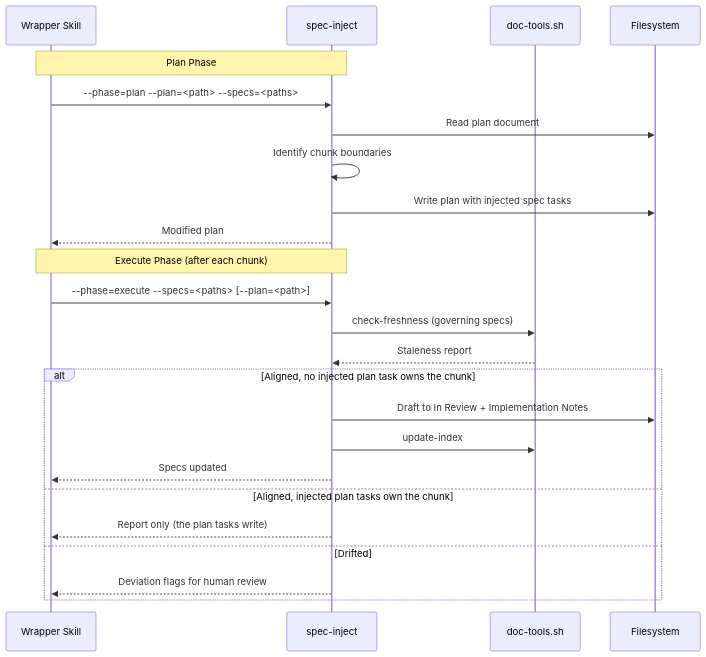
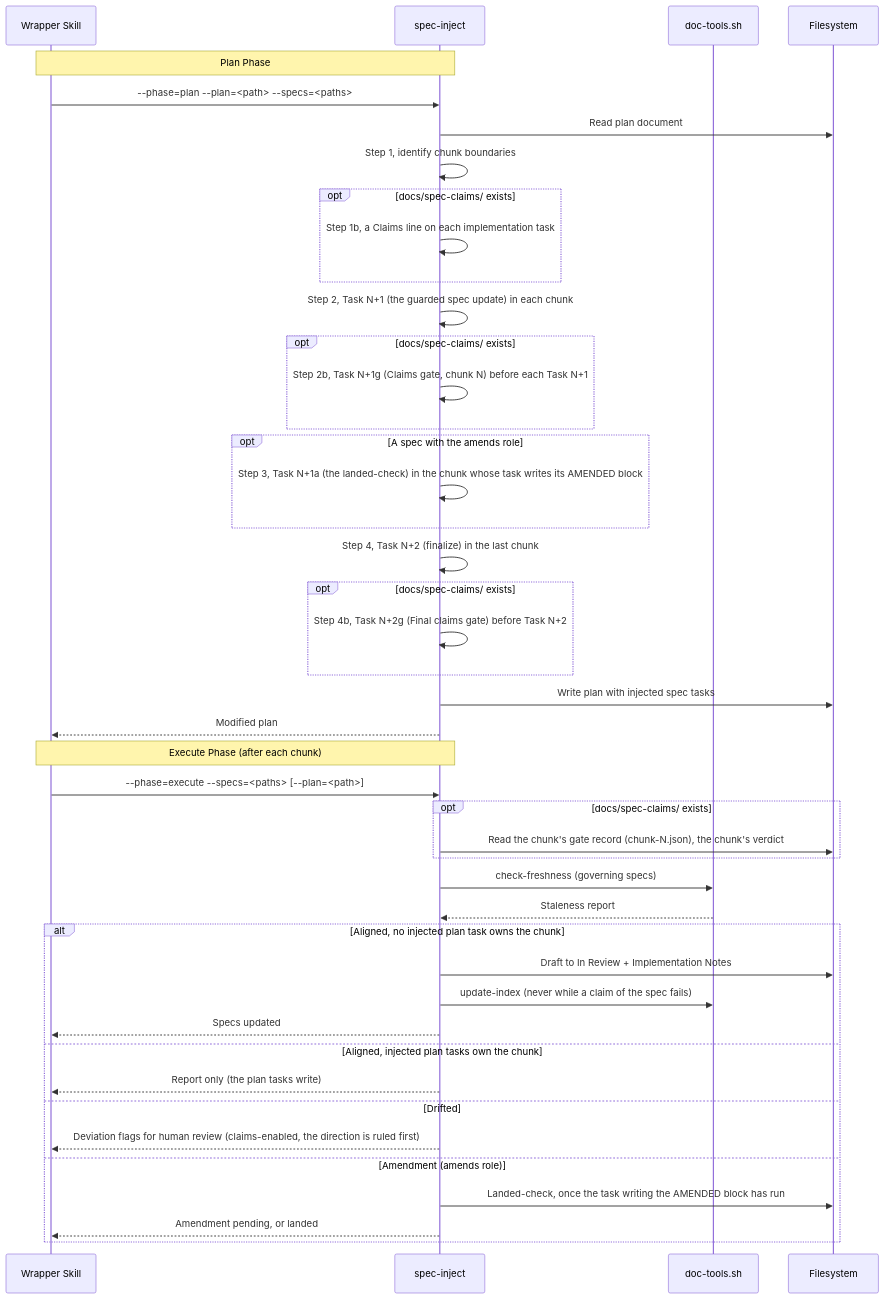
The seventh of 11 diagrams in docs/workflows/doc-superpowers.md (woodrowpearson/doc-superpowers), drawn with Mermaid before and after one commit. The commit also changed other lines of this file, not shown here.

First line of the commit message:
docs(workflows): claims-era flows, artifacts, state, gates (U15, U16)

````diff
--- a/docs/workflows/doc-superpowers.md
+++ b/docs/workflows/doc-superpowers.md
@@ -601,28 +610,48 @@
 ```mermaid
 sequenceDiagram
   participant W as Wrapper Skill
   participant SI as spec-inject
   participant DT as doc-tools.sh
   participant FS as Filesystem
 
   Note over W,SI: Plan Phase
   W->>SI: --phase=plan --plan=<path> --specs=<paths>
   SI->>FS: Read plan document
-  SI->>SI: Identify chunk boundaries
+  SI->>SI: Step 1, identify chunk boundaries
+  opt docs/spec-claims/ exists
+    SI->>SI: Step 1b, a Claims line on each implementation task
+  end
+  SI->>SI: Step 2, Task N+1 (the guarded spec update) in each chunk
+  opt docs/spec-claims/ exists
+    SI->>SI: Step 2b, Task N+1g (Claims gate, chunk N) before each Task N+1
+  end
+  opt A spec with the amends role
+    SI->>SI: Step 3, Task N+1a (the landed-check) in the chunk whose task writes its AMENDED block
+  end
+  SI->>SI: Step 4, Task N+2 (finalize) in the last chunk
+  opt docs/spec-claims/ exists
+    SI->>SI: Step 4b, Task N+2g (Final claims gate) before Task N+2
+  end
   SI->>FS: Write plan with injected spec tasks
   SI-->>W: Modified plan
 
   Note over W,SI: Execute Phase (after each chunk)
   W->>SI: --phase=execute --specs=<paths> [--plan=<path>]
+  opt docs/spec-claims/ exists
+    SI->>FS: Read the chunk's gate record (chunk-N.json), the chunk's verdict
+  end
   SI->>DT: check-freshness (governing specs)
   DT-->>SI: Staleness report
   alt Aligned, no injected plan task owns the chunk
     SI->>FS: Draft to In Review + Implementation Notes
-    SI->>DT: update-index
+    SI->>DT: update-index (never while a claim of the spec fails)
     SI-->>W: Specs updated
   else Aligned, injected plan tasks own the chunk
     SI-->>W: Report only (the plan tasks write)
   else Drifted
-    SI-->>W: Deviation flags for human review
+    SI-->>W: Deviation flags for human review (claims-enabled, the direction is ruled first)
+  else Amendment (amends role)
+    SI->>FS: Landed-check, once the task writing the AMENDED block has run
+    SI-->>W: Amendment pending, or landed
   end
 ```
````
